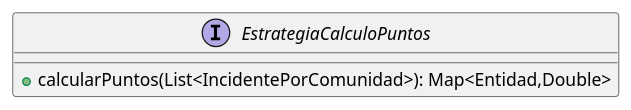
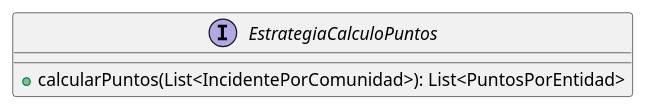
The diagram in DC/E3/rankings/EstrategiaCalculoPuntos.puml (mbertogliati/dds-tpa), drawn with PlantUML before and after one commit. The commit also changed 21 other files, not shown here.

Commit message:
Refactor de Rankings, ahora tenemos un value object PuntosPorEntidad

```diff
--- a/DC/E3/rankings/EstrategiaCalculoPuntos.puml
+++ b/DC/E3/rankings/EstrategiaCalculoPuntos.puml
@@ -1,9 +1,9 @@
 @startuml
 'https://plantuml.com/class-diagram
 
 interface EstrategiaCalculoPuntos{
-    + calcularPuntos(List<IncidentePorComunidad>): Map<Entidad,Double>
+    + calcularPuntos(List<IncidentePorComunidad>): List<PuntosPorEntidad>
 
 }
 
 @enduml
```
